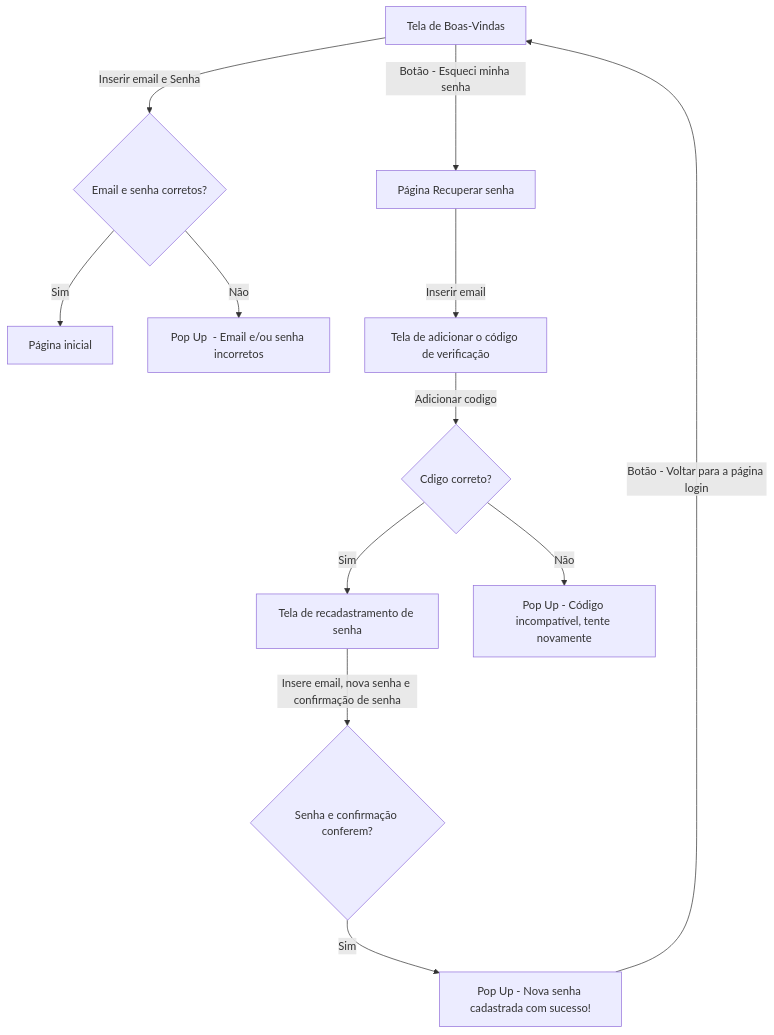
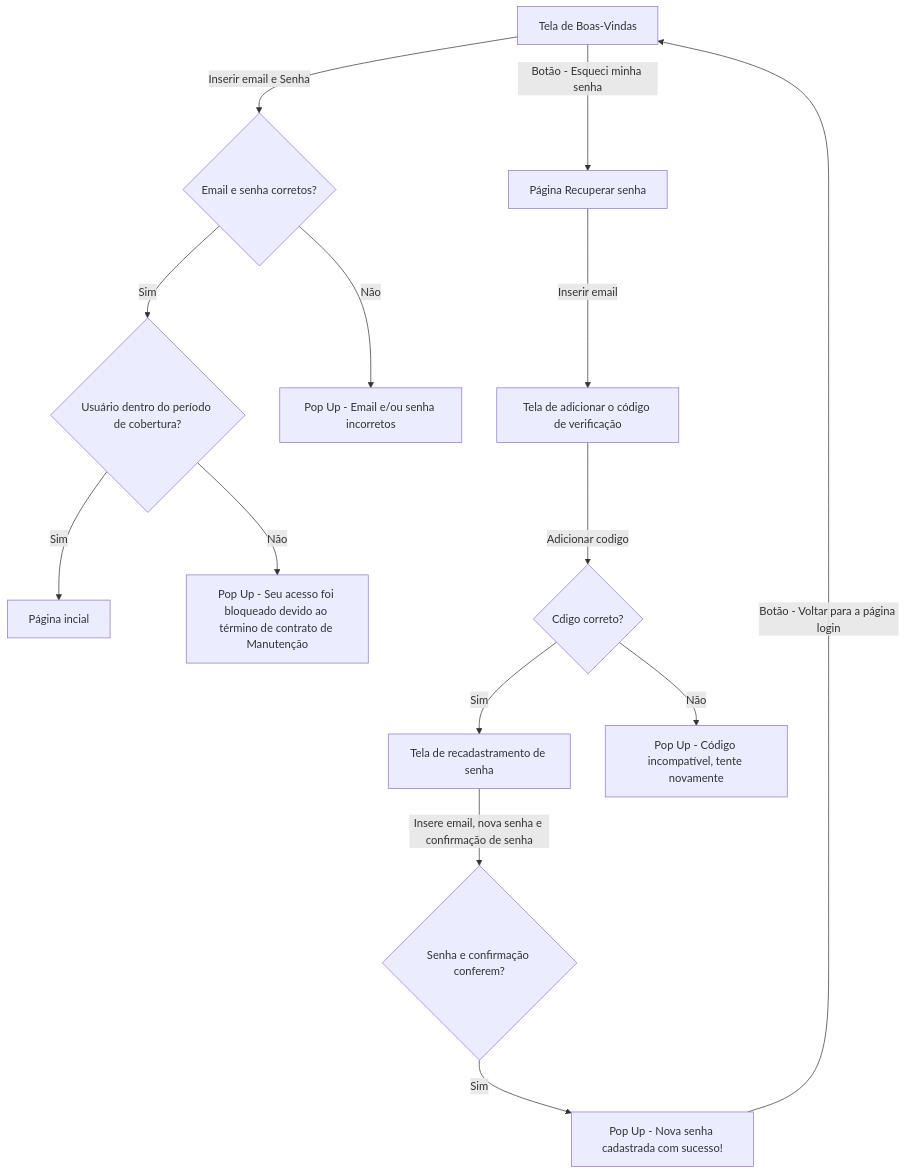
Before and after one commit to Titus-System/SyncDesk: the diagram in docs/diagramas/login.md, drawn with Mermaid.

Commit message:
Corrigir Diagrama de Login

````diff
--- a/docs/diagramas/login.md
+++ b/docs/diagramas/login.md
@@ -1,14 +1,16 @@
 ```mermaid
 flowchart TD
     A[Tela de Boas-Vindas] -->|Inserir email e Senha| B{Email e senha corretos?}
-    B -->|Sim| C[Página inicial]
-    B -->|Não| D[Pop Up  - Email e/ou senha incorretos]
+    B -->|Sim| C{Usuário dentro do período de cobertura?}
+    C -->|Sim| L[Página incial]
+    C -->|Não| M[Pop Up - Seu acesso foi bloqueado devido ao término de contrato de Manutenção]
+    B -->|Não| D[Pop Up - Email e/ou senha incorretos]
     A -->|Botão - Esqueci minha senha| E[Página Recuperar senha]
     E -->|Inserir email| F[Tela de adicionar o código de verificação]
     F -->|Adicionar codigo|G{Cdigo correto?}
     G -->|Sim| H[Tela de recadastramento de senha]
     G -->|Não| I[Pop Up - Código incompatível, tente novamente]
     H -->|Insere email, nova senha e confirmação de senha| J{Senha e confirmação conferem?}
     J -->|Sim| K[Pop Up - Nova senha cadastrada com sucesso!]
     K -->|Botão - Voltar para a página login| A
 ```
````
